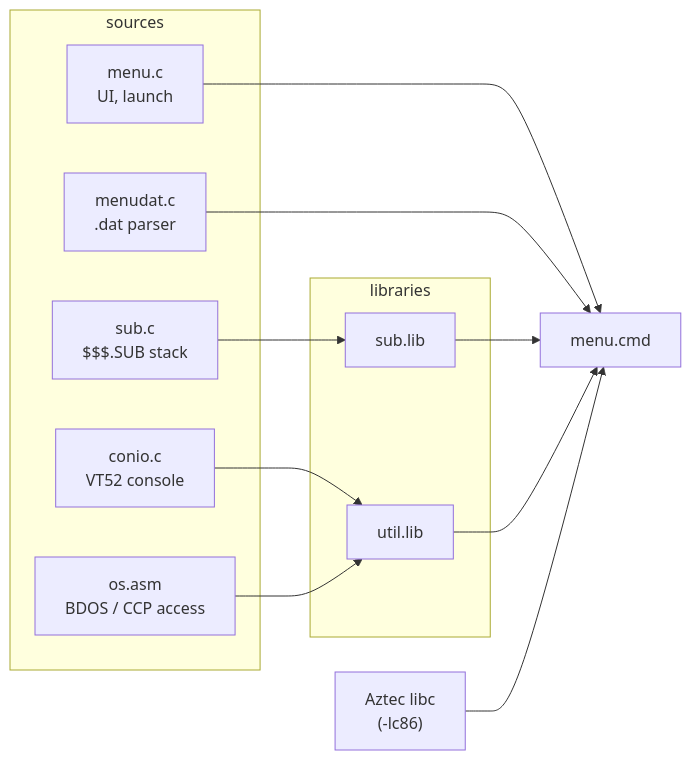
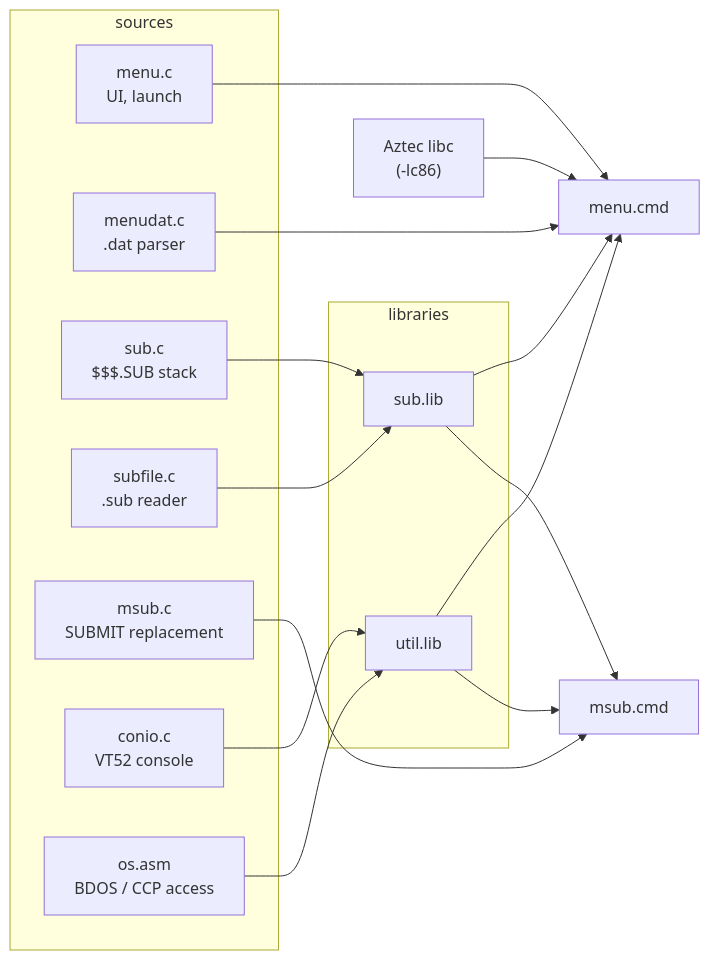
Before and after one commit to tsupplis/cpm86-menu: the first of 5 diagrams in implementation.md, drawn with Mermaid. The commit also changed other lines of this file and 7 other files, not shown here.

````diff
--- a/implementation.md
+++ b/implementation.md
@@ -8,22 +8,28 @@
 ```mermaid
 flowchart LR
     subgraph SRC["sources"]
         MC["menu.c<br/>UI, launch"]
         MD["menudat.c<br/>.dat parser"]
         SC["sub.c<br/>$$$.SUB stack"]
+        SF["subfile.c<br/>.sub reader"]
+        MS["msub.c<br/>SUBMIT replacement"]
         CO["conio.c<br/>VT52 console"]
         OS["os.asm<br/>BDOS / CCP access"]
     end
     subgraph LIB["libraries"]
         SL["sub.lib"]
         UL["util.lib"]
     end
     SC --> SL
+    SF --> SL
     CO --> UL
     OS --> UL
     MC --> CMD["menu.cmd"]
     MD --> CMD
     SL --> CMD
     UL --> CMD
     LC["Aztec libc<br/>(-lc86)"] --> CMD
+    MS --> MSC["msub.cmd"]
+    SL --> MSC
+    UL --> MSC
 ```
````
